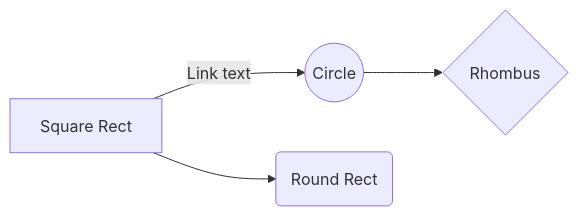
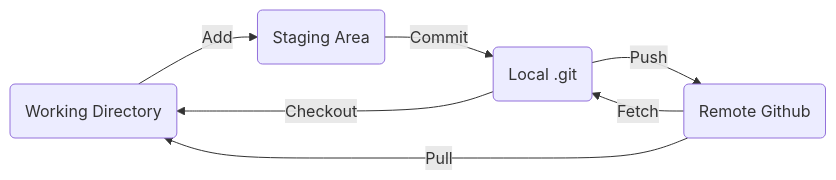
One commit to hoonii2/TIL changed the diagram in git/000_git-start.md. Above: the diagram before and after it, drawn with Mermaid.

Commit message:
docs: mermaid 코드 수정
자세한 내용 업데이트

````diff
--- a/git/000_git-start.md
+++ b/git/000_git-start.md
@@ -15,6 +15,9 @@
 ```mermaid
 graph LR
-A[Square Rect] -- Link text --> B((Circle))
-A --> C(Round Rect)
-B --> D{Rhombus}
+A(Working Directory) -- Add --> B(Staging Area)
+B -- Commit --> C(Local .git)
+C -- Checkout --> A
+C -- Push --> D(Remote Github)
+D -- Fetch --> C
+D -- Pull --> A
 ```
````
